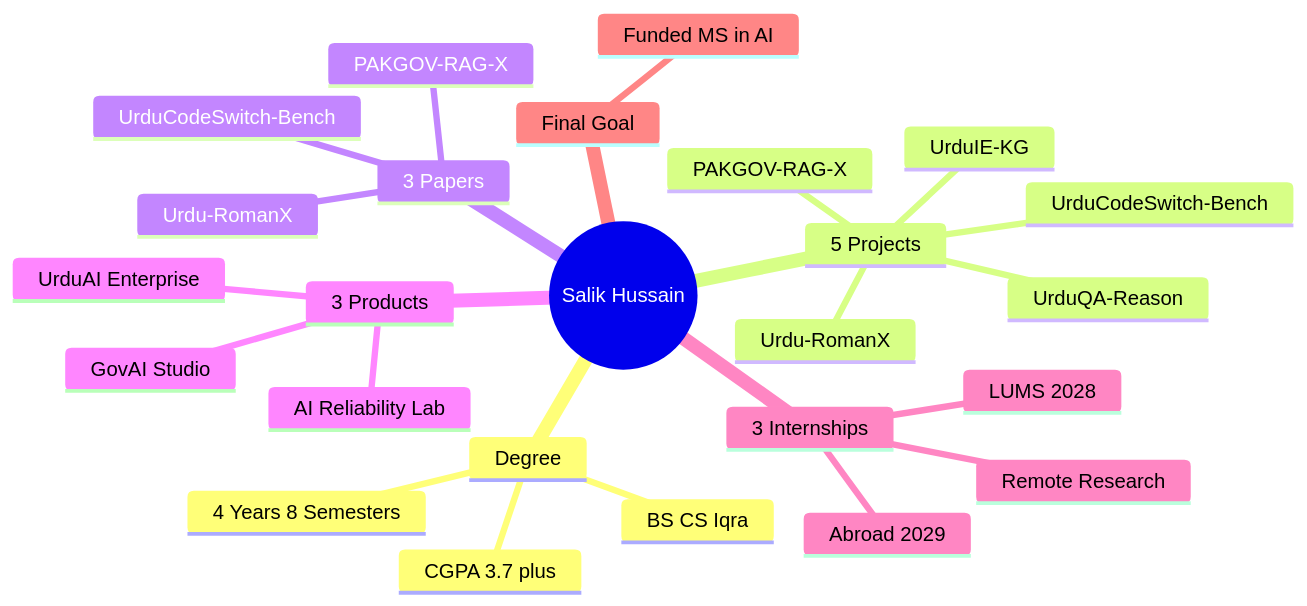
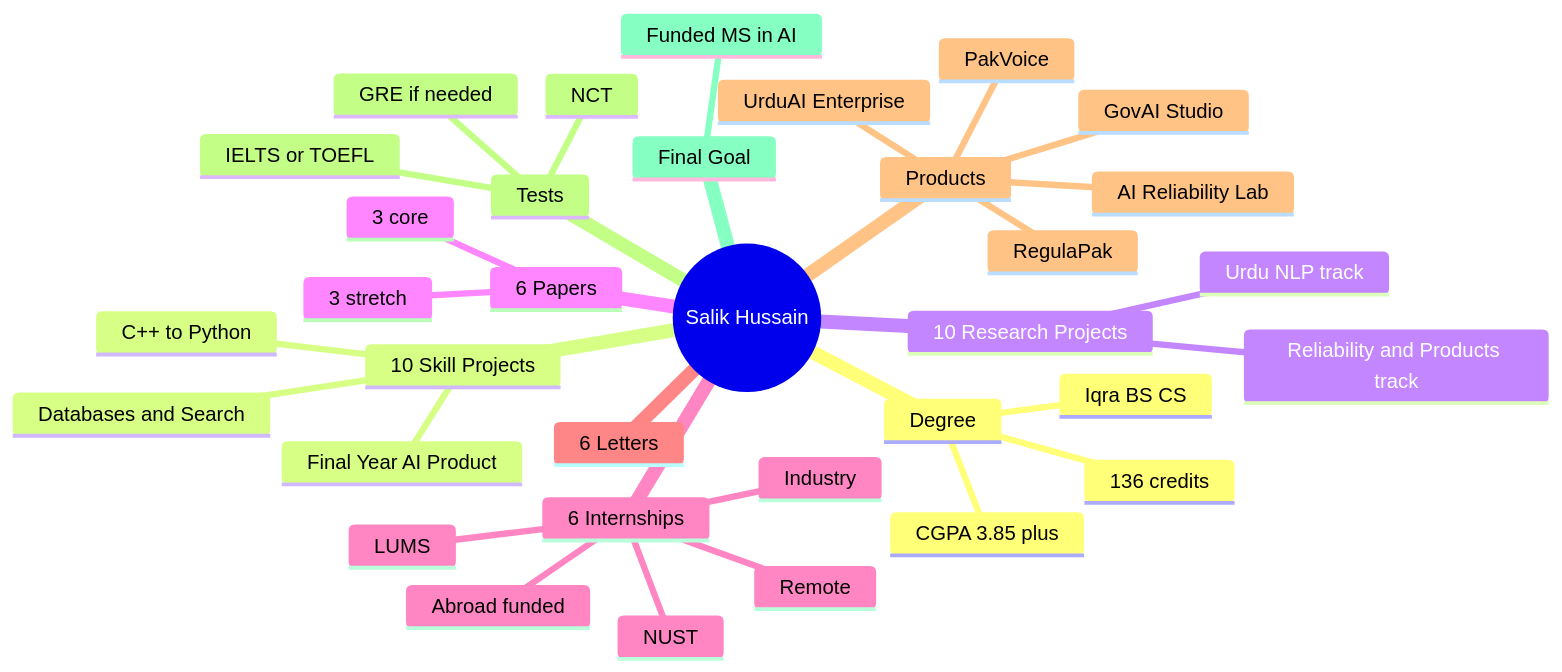
The first of 8 diagrams in README.md (salikhussain71-code/salikhussain71-code), drawn with Mermaid before and after one commit. The commit also changed other lines of this file, not shown here.

````diff
--- a/README.md
+++ b/README.md
@@ -97,28 +101,37 @@
 ```mermaid
 mindmap
   root((Salik Hussain))
     Degree
-      BS CS Iqra
-      4 Years 8 Semesters
-      CGPA 3.7 plus
-    5 Projects
-      Urdu-RomanX
-      UrduQA-Reason
-      UrduCodeSwitch-Bench
-      UrduIE-KG
-      PAKGOV-RAG-X
-    3 Papers
-      Urdu-RomanX
-      UrduCodeSwitch-Bench
-      PAKGOV-RAG-X
-    3 Products
+      Iqra BS CS
+      136 credits
+      CGPA 3.85 plus
+    10 Skill Projects
+      C++ to Python
+      Databases and Search
+      Final Year AI Product
+    10 Research Projects
+      Urdu NLP track
+      Reliability and Products track
+    6 Papers
+      3 core
+      3 stretch
+    6 Internships
+      LUMS
+      NUST
+      Abroad funded
+      Remote
+      Industry
+    6 Letters
+    Products
       AI Reliability Lab
       GovAI Studio
       UrduAI Enterprise
-    3 Internships
-      LUMS 2028
-      Abroad 2029
-      Remote Research
+      RegulaPak
+      PakVoice
+    Tests
+      NCT
+      IELTS or TOEFL
+      GRE if needed
     Final Goal
       Funded MS in AI
 ```
````
